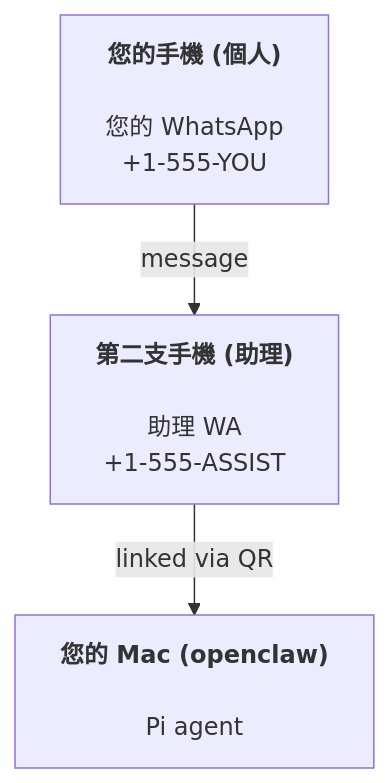
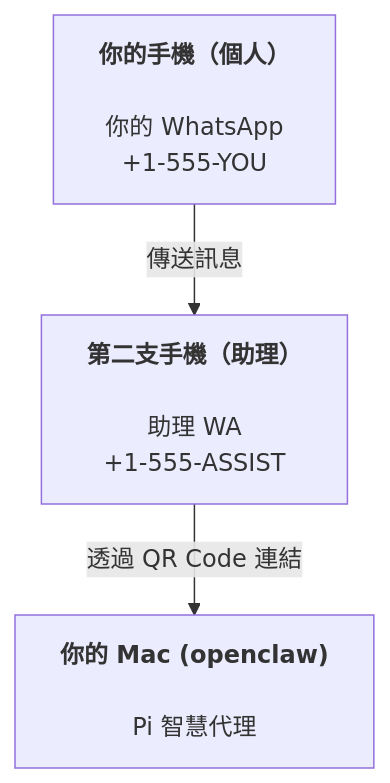
Before and after one commit to openclaw/openclaw: the diagram in docs/zh-TW/start/openclaw.md, drawn with Mermaid. The commit also changed other lines of this file and 321 other files, not shown here.

````diff
--- a/docs/zh-TW/start/openclaw.md
+++ b/docs/zh-TW/start/openclaw.md
@@ -36,5 +36,5 @@
 ```mermaid
 flowchart TB
-    A["<b>您的手機 (個人)<br></b><br>您的 WhatsApp<br>+1-555-YOU"] -- message --> B["<b>第二支手機 (助理)<br></b><br>助理 WA<br>+1-555-ASSIST"]
-    B -- linked via QR --> C["<b>您的 Mac (openclaw)<br></b><br>Pi agent"]
+    A["<b>你的手機（個人）<br></b><br>你的 WhatsApp<br>+1-555-YOU"] -- 傳送訊息 --> B["<b>第二支手機（助理）<br></b><br>助理 WA<br>+1-555-ASSIST"]
+    B -- 透過 QR Code 連結 --> C["<b>你的 Mac (openclaw)<br></b><br>Pi 智慧代理"]
 ```
````
